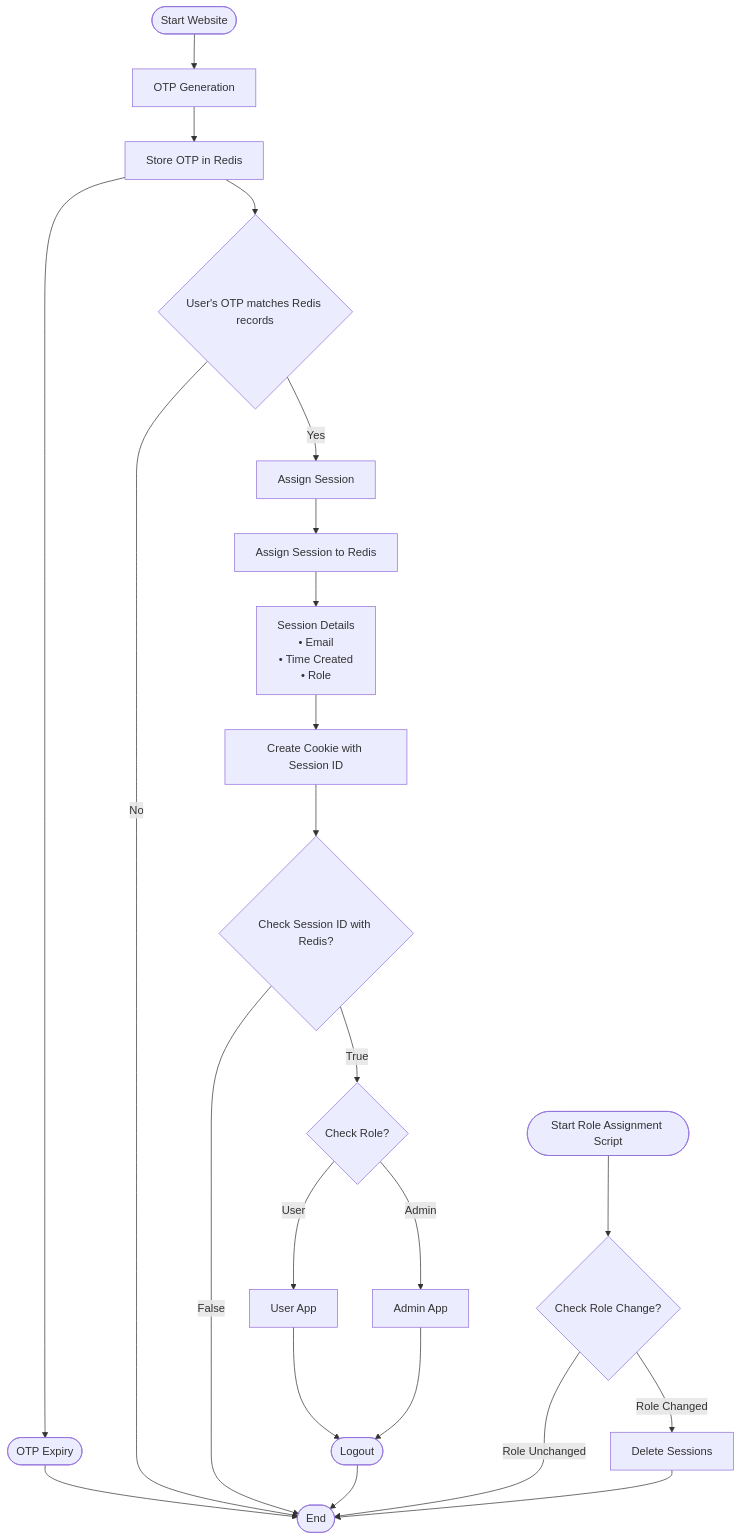
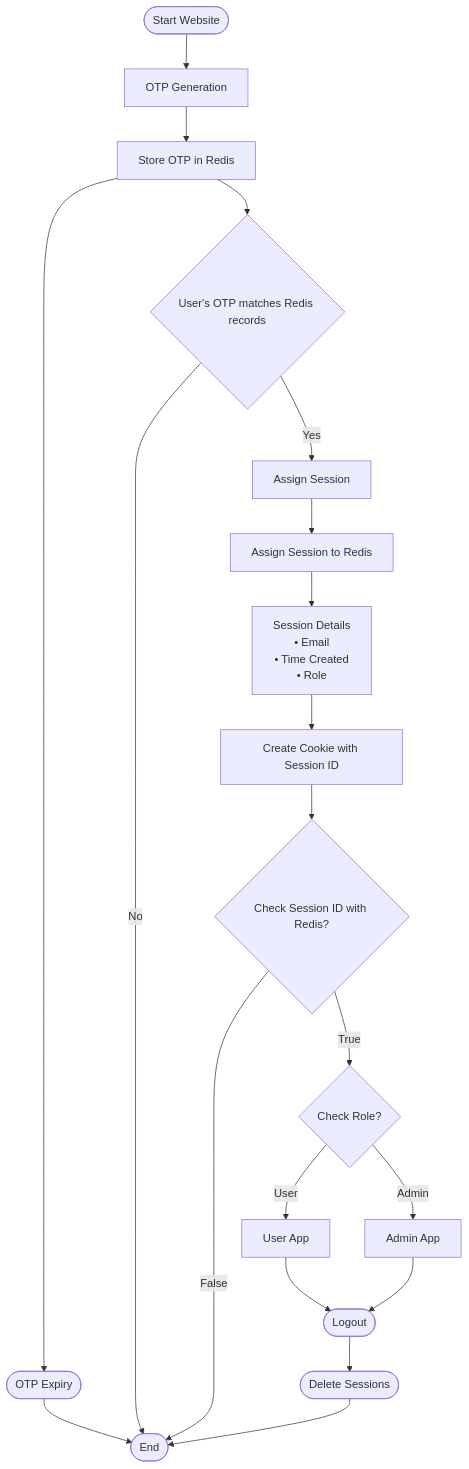
One commit to Hemit99123/stocksavvy-software-designs changed the first of 2 diagrams in authflow.md. Above: the diagram before and after it, drawn with Mermaid. The commit also changed other lines of this file, not shown here.

Commit message:
added flows for main web + ract seperately

````diff
--- a/authflow.md
+++ b/authflow.md
@@ -9,33 +10,27 @@
 ```mermaid 
 flowchart 
-  %% Primary Flow: OTP & Session Creation
-  A([Start Website]) --> B[OTP Generation]
-  B --> C[Store OTP in Redis]
-  C --> D([OTP Expiry])
-  D --> O([End])
+    A([Start Website]) --> B[OTP Generation]
+    B --> C[Store OTP in Redis]
+    C --> D([OTP Expiry])
+    D --> O([End])
   
-  C --> E{User's OTP matches Redis records}
-  E -- Yes --> F[Assign Session]
-  E -- No --> O
+    C --> E{User's OTP matches Redis records}
+    E -- Yes --> F[Assign Session]
+    E -- No --> O
   
-  F --> G[Assign Session to Redis]
-  G --> H[Session Details<br/>• Email<br/>• Time Created<br/>• Role]
-  H --> I[Create Cookie with Session ID]
-  I --> J{Check Session ID with Redis?}
-  J -- True --> K{Check Role?}
-  J -- False --> O
+    F --> G[Assign Session to Redis]
+    G --> H[Session Details<br/>• Email<br/>• Time Created<br/>• Role]
+    H --> I[Create Cookie with Session ID]
+    I --> J{Check Session ID with Redis?}
+    J -- True --> K{Check Role?}
+    J -- False --> O
   
-  K -- User --> L[User App]
-  K -- Admin --> M[Admin App]
-  L --> N([Logout])
-  M --> N
-  N --> O
-
-  %% Role Change Flow
-  P([Start Role Assignment Script]) --> Q{Check Role Change?}
-  Q -- "Role Changed" --> R[Delete Sessions]
-  Q -- "Role Unchanged" --> O
-  R --> O
+    K -- User --> L[User App]
+    K -- Admin --> M[Admin App]
+    L --> N([Logout])
+    M --> N
+    N --> P([Delete Sessions])
+    P --> O
 
 
 ```
````
